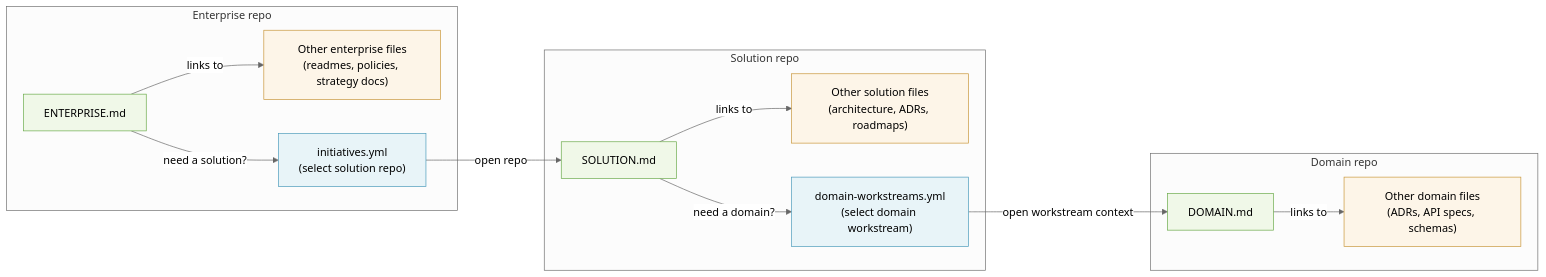
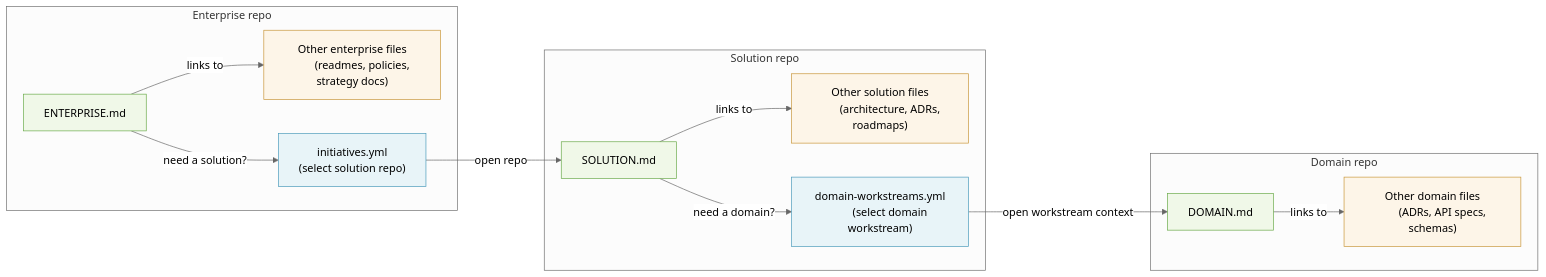
The diagram in enterprise_repo_convention.md (oopsyz/enterprise.md), drawn with Mermaid (neutral theme) before and after one commit. The commit also changed 1 other file, not shown here.

Commit message:
minor fix

````diff
--- a/enterprise_repo_convention.md
+++ b/enterprise_repo_convention.md
@@ -43,34 +43,39 @@
 ```mermaid
 flowchart LR
     subgraph ER["Enterprise repo"]
         EEntry["ENTERPRISE.md"]:::entry
-        ELocal["Other enterprise files\n(readmes, policies, strategy docs)"]:::artifact
-        ERoute["initiatives.yml\n(select solution repo)"]:::routing
+        ELocal["Other enterprise files
+        (readmes, policies, strategy docs)"]:::artifact
+        ERoute["initiatives.yml
+        (select solution repo)"]:::routing
 
         EEntry -->|"links to"| ELocal
         EEntry -->|"need a solution?"| ERoute
     end
 
     subgraph SR["Solution repo"]
         SEntry["SOLUTION.md"]:::entry
-        SLocal["Other solution files\n(architecture, ADRs, roadmaps)"]:::artifact
-        SRoute["domain-workstreams.yml\n(select domain workstream)"]:::routing
+        SLocal["Other solution files
+        (architecture, ADRs, roadmaps)"]:::artifact
+        SRoute["domain-workstreams.yml
+        (select domain workstream)"]:::routing
 
         SEntry -->|"links to"| SLocal
         SEntry -->|"need a domain?"| SRoute
     end
 
     subgraph DR["Domain repo"]
         DEntry["DOMAIN.md"]:::entry
-        DLocal["Other domain files\n(ADRs, API specs, schemas)"]:::artifact
+        DLocal["Other domain files
+        (ADRs, API specs, schemas)"]:::artifact
 
         DEntry -->|"links to"| DLocal
     end
 
     ERoute -->|"open repo"| SEntry
     SRoute -->|"open workstream context"| DEntry
 
     classDef routing fill:#e8f4f8,stroke:#4a9aba;
     classDef entry fill:#f0f8e8,stroke:#6aaa4a;
     classDef artifact fill:#fdf5e8,stroke:#c8963a;
 ```
````
